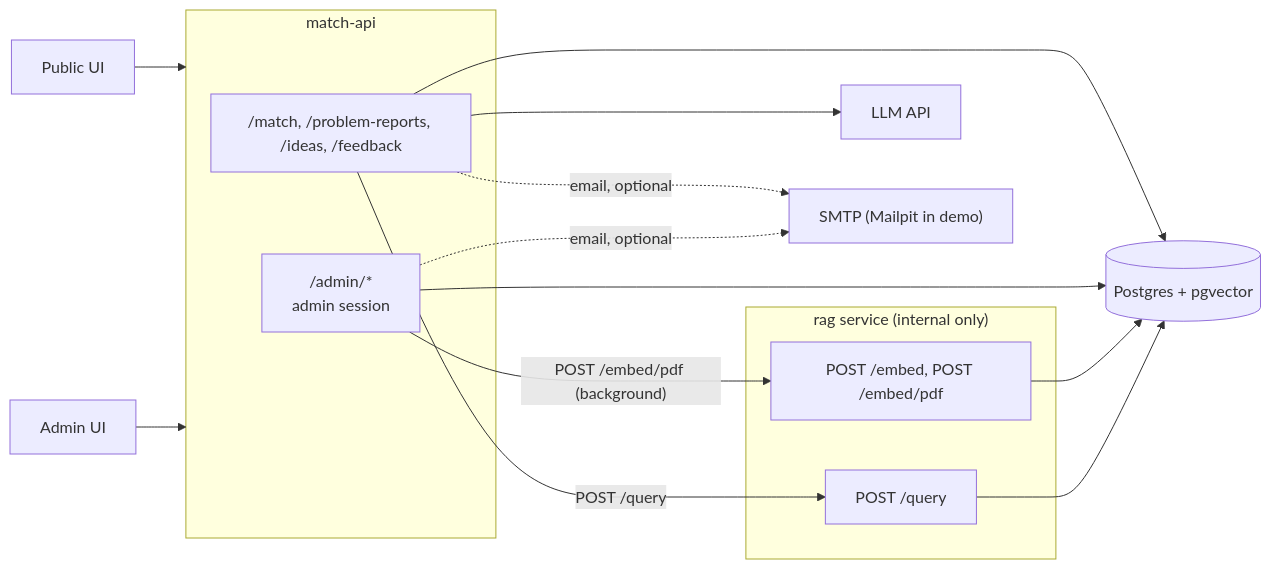
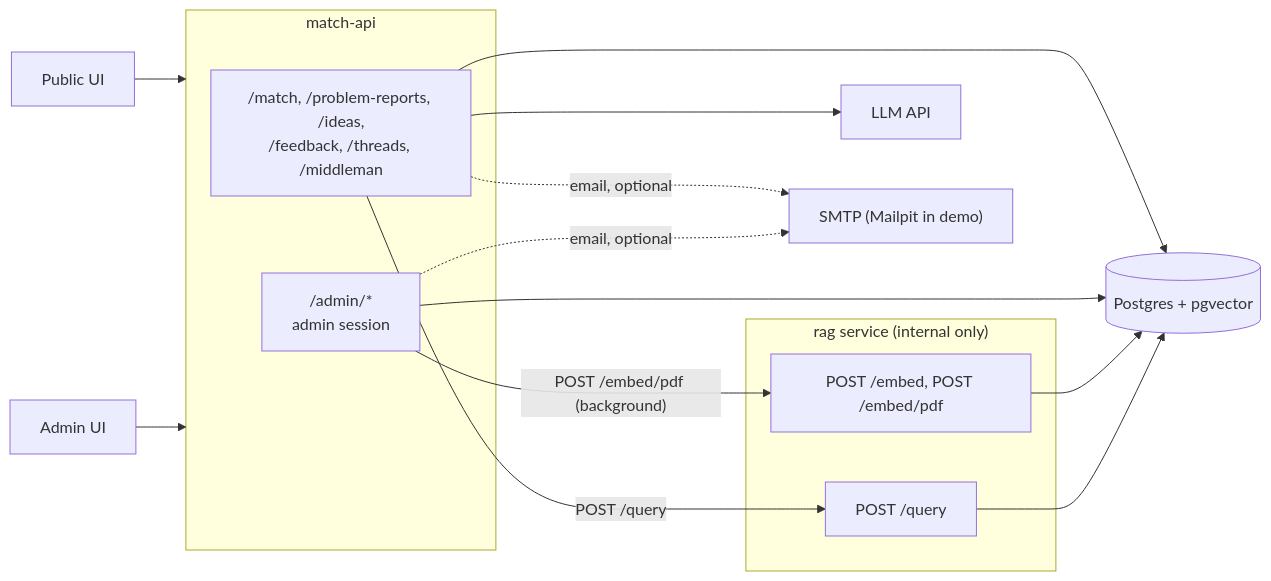
The first of 4 diagrams in documentation/backend/architecture.md (DziadBud/HackYeah2026), drawn with Mermaid before and after one commit. The commit also changed other lines of this file and 4 other files, not shown here.

````diff
--- a/documentation/backend/architecture.md
+++ b/documentation/backend/architecture.md
@@ -15,26 +15,26 @@
 ```mermaid
 flowchart LR
     PUI[Public UI] --> API
     AUI[Admin UI] --> API
 
     subgraph API["match-api"]
-        PUB["/match, /problem-reports, /ideas, /feedback"]
+        PUB["/match, /problem-reports, /ideas,<br/>/feedback, /threads, /middleman"]
         ADM["/admin/*<br/>admin session"]
     end
 
     subgraph RAG["rag service (internal only)"]
         EMBED["POST /embed, POST /embed/pdf"]
         QRY["POST /query"]
     end
 
     DB[("Postgres + pgvector")]
     LLM[LLM API]
     SMTP["SMTP (Mailpit in demo)"]
 
     PUB & ADM --> DB
     PUB -- "POST /query" --> QRY
     ADM -- "POST /embed/pdf (background)" --> EMBED
     PUB --> LLM
     PUB & ADM -. "email, optional" .-> SMTP
     EMBED & QRY --> DB
 ```
````
